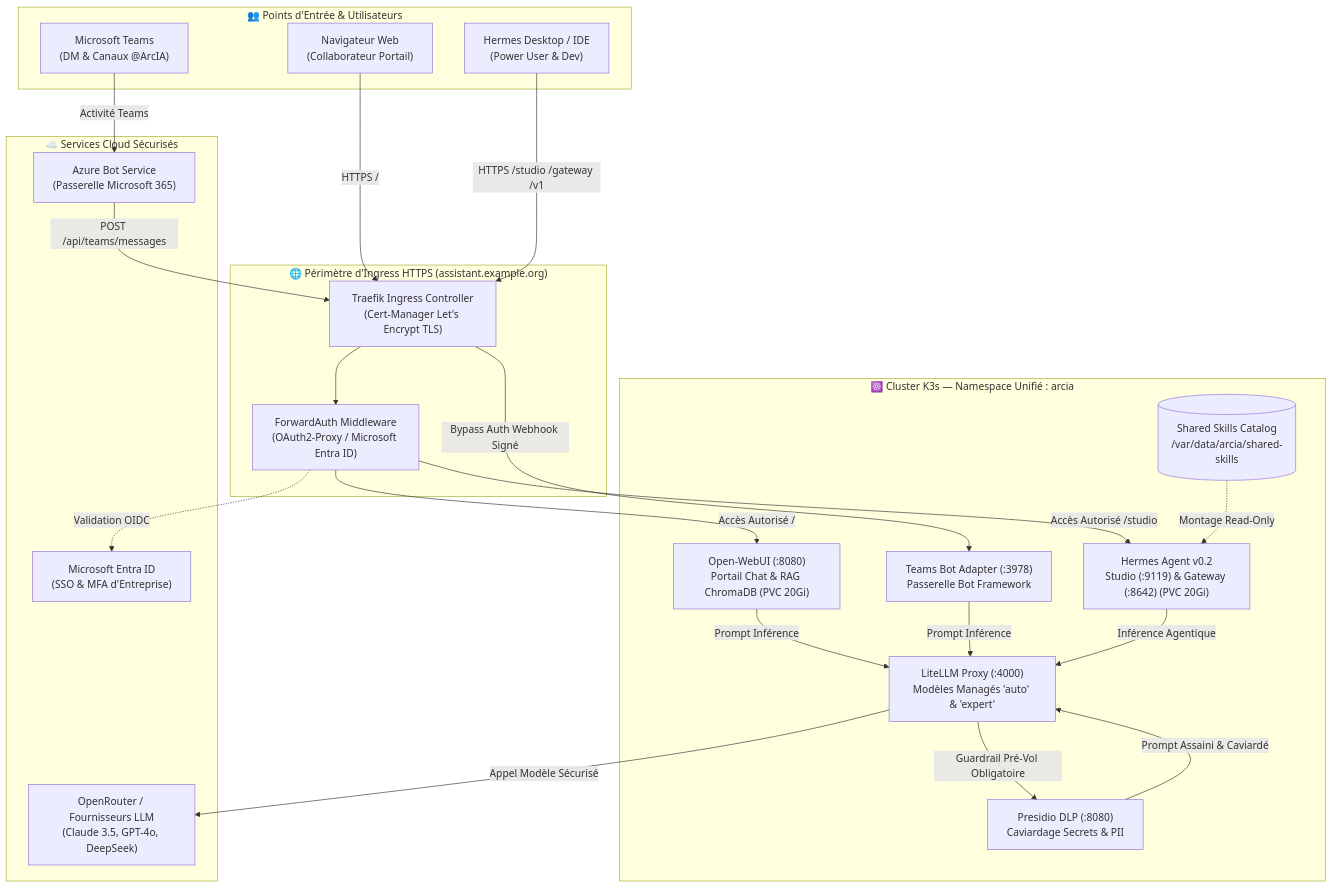
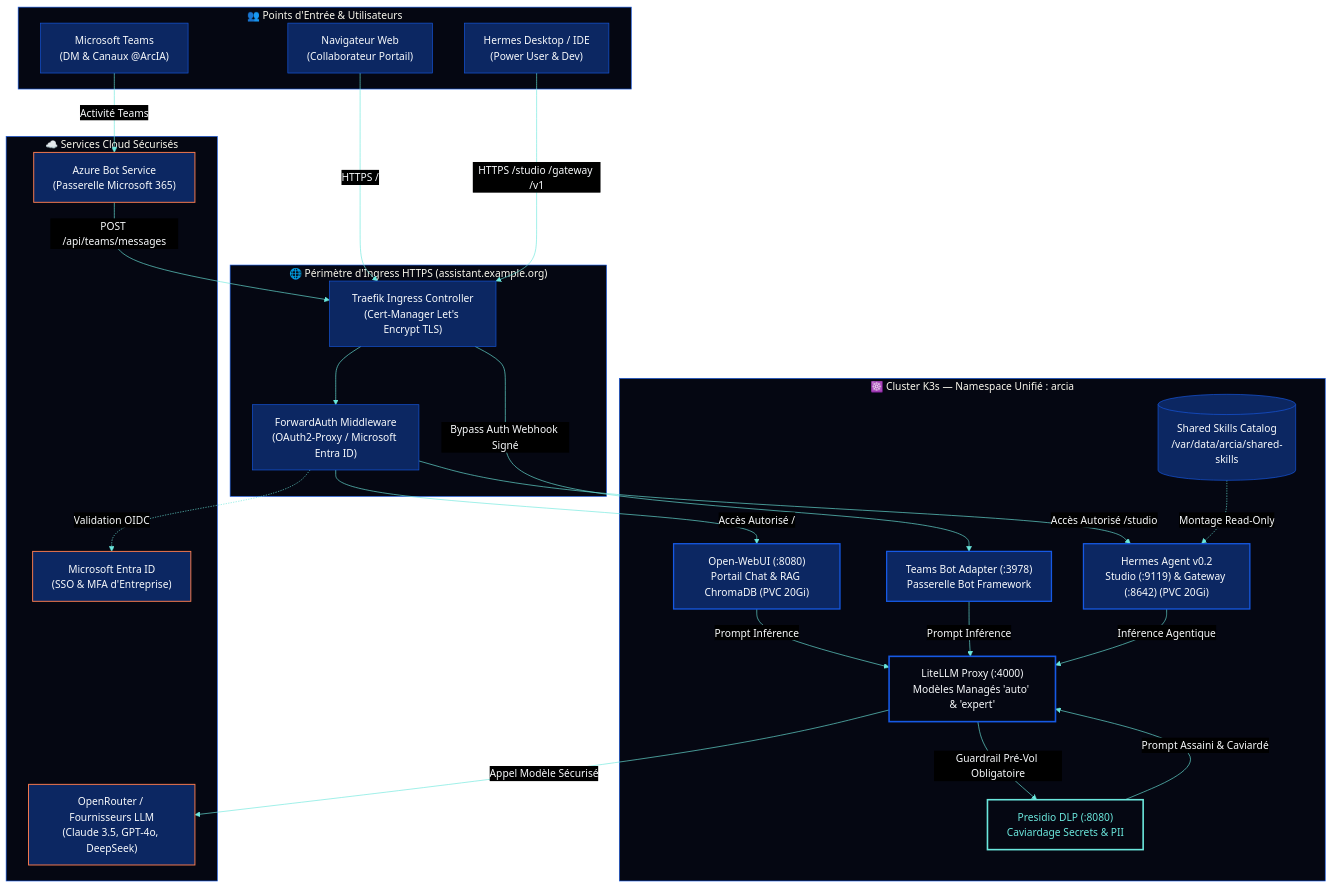
Before and after one commit to nicolastheuil/ArcIA: the diagram in README.md, drawn with Mermaid. The commit also changed other lines of this file, not shown here.

Commit message:
style(readme): apply official ArcIA Dark visual identity, styled mermaid and palette showcase

````diff
--- a/README.md
+++ b/README.md
@@ -67,48 +81,59 @@
 ```mermaid
+%%{init: {'theme': 'base', 'themeVariables': { 'darkMode': true, 'primaryColor': '#0C2762', 'primaryTextColor': '#F8FAFC', 'primaryBorderColor': '#1659E4', 'lineColor': '#6BE7DD', 'secondaryColor': '#050712', 'tertiaryColor': '#050712', 'clusterBkg': '#050712', 'clusterBorder': '#1659E4', 'fontFamily': 'Montserrat, Inter, system-ui, sans-serif' }}}%%
 flowchart TD
     subgraph Clients ["👥 Points d'Entrée & Utilisateurs"]
         WebUser["Navigateur Web<br/>(Collaborateur Portail)"]
         TeamsUser["Microsoft Teams<br/>(DM & Canaux @ArcIA)"]
         HermesDesk["Hermes Desktop / IDE<br/>(Power User & Dev)"]
     end
 
     subgraph IngressLayer ["🌐 Périmètre d'Ingress HTTPS (assistant.example.org)"]
         Traefik["Traefik Ingress Controller<br/>(Cert-Manager Let's Encrypt TLS)"]
         ForwardAuth["ForwardAuth Middleware<br/>(OAuth2-Proxy / Microsoft Entra ID)"]
     end
 
     subgraph ArcIANamespace ["☸️ Cluster K3s — Namespace Unifié : arcia"]
         WebUI["Open-WebUI (:8080)<br/>Portail Chat & RAG ChromaDB (PVC 20Gi)"]
         TeamsBot["Teams Bot Adapter (:3978)<br/>Passerelle Bot Framework"]
         HermesAgent["Hermes Agent v0.2<br/>Studio (:9119) & Gateway (:8642) (PVC 20Gi)"]
         SkillsShare[("Shared Skills Catalog<br/>/var/data/arcia/shared-skills")]
         PresidioDLP["Presidio DLP (:8080)<br/>Caviardage Secrets & PII"]
         LiteLLM["LiteLLM Proxy (:4000)<br/>Modèles Managés 'auto' & 'expert'"]
     end
 
     subgraph CloudLayer ["☁️ Services Cloud Sécurisés"]
         OpenRouter["OpenRouter / Fournisseurs LLM<br/>(Claude 3.5, GPT-4o, DeepSeek)"]
         EntraID["Microsoft Entra ID<br/>(SSO & MFA d'Entreprise)"]
         AzureBot["Azure Bot Service<br/>(Passerelle Microsoft 365)"]
     end
 
     WebUser -->|HTTPS /| Traefik
     HermesDesk -->|HTTPS /studio /gateway /v1| Traefik
     TeamsUser -->|Activité Teams| AzureBot
     AzureBot -->|POST /api/teams/messages| Traefik
 
     Traefik --> ForwardAuth
     ForwardAuth -.->|Validation OIDC| EntraID
     ForwardAuth -->|Accès Autorisé /| WebUI
     ForwardAuth -->|Accès Autorisé /studio| HermesAgent
     Traefik -->|Bypass Auth Webhook Signé| TeamsBot
 
     WebUI -->|Prompt Inférence| LiteLLM
     TeamsBot -->|Prompt Inférence| LiteLLM
     HermesAgent -->|Inférence Agentique| LiteLLM
     SkillsShare -.->|Montage Read-Only| HermesAgent
 
     LiteLLM -->|Guardrail Pré-Vol Obligatoire| PresidioDLP
     PresidioDLP -->|Prompt Assaini & Caviardé| LiteLLM
     LiteLLM -->|Appel Modèle Sécurisé| OpenRouter
+
+    classDef core fill:#0C2762,stroke:#1659E4,stroke-width:2px,color:#F8FAFC;
+    classDef dlp fill:#050712,stroke:#6BE7DD,stroke-width:2.5px,color:#6BE7DD;
+    classDef llm fill:#050712,stroke:#1659E4,stroke-width:2.5px,color:#F8FAFC;
+    classDef cloud fill:#0C2762,stroke:#FA7B4E,stroke-width:1.5px,color:#F8FAFC;
+
+    class PresidioDLP dlp;
+    class LiteLLM llm;
+    class HermesAgent,WebUI,TeamsBot core;
+    class OpenRouter,EntraID,AzureBot cloud;
 ```
````
